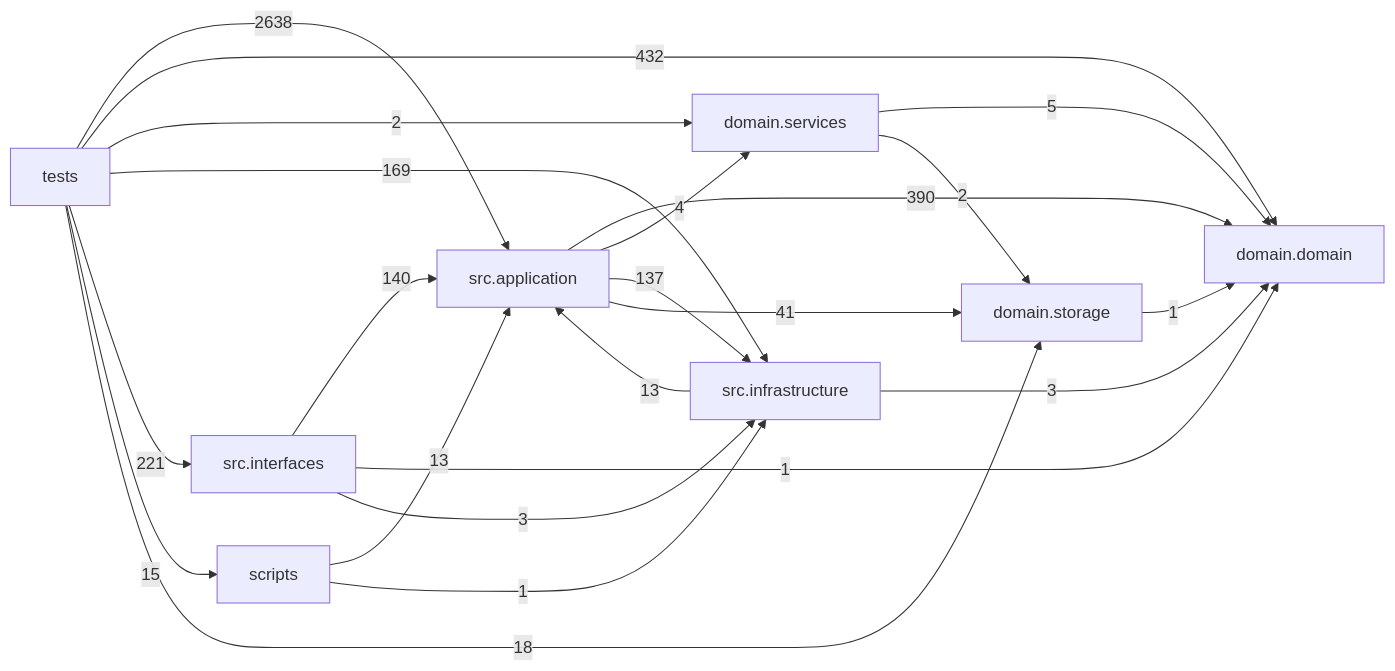
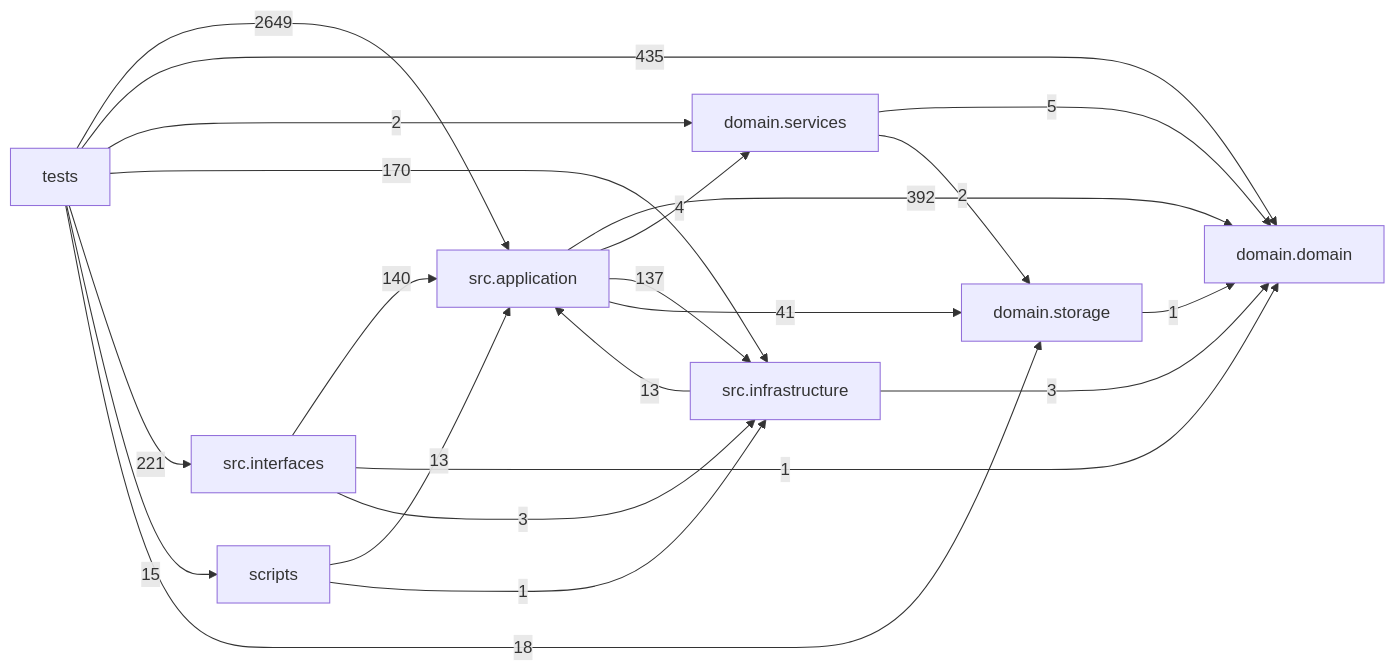
Before and after one commit to liuxie066/options-monitor: the diagram in docs/DEPENDENCY_GRAPH.md, drawn with Mermaid. The commit also changed other lines of this file and 6 other files, not shown here.

````diff
--- a/docs/DEPENDENCY_GRAPH.md
+++ b/docs/DEPENDENCY_GRAPH.md
@@ -24,32 +24,32 @@
 ```mermaid
 flowchart LR
   tests["tests"]
   scripts["scripts"]
   interfaces["src.interfaces"]
   application["src.application"]
   infrastructure["src.infrastructure"]
   domain_services["domain.services"]
   domain["domain.domain"]
   storage["domain.storage"]
-  application -->|390| domain
+  application -->|392| domain
   application -->|4| domain_services
   application -->|137| infrastructure
   application -->|41| storage
   domain_services -->|5| domain
   domain_services -->|2| storage
   infrastructure -->|13| application
   infrastructure -->|3| domain
   interfaces -->|140| application
   interfaces -->|1| domain
   interfaces -->|3| infrastructure
   scripts -->|13| application
   scripts -->|1| infrastructure
   storage -->|1| domain
-  tests -->|2638| application
-  tests -->|432| domain
+  tests -->|2649| application
+  tests -->|435| domain
   tests -->|2| domain_services
-  tests -->|169| infrastructure
+  tests -->|170| infrastructure
   tests -->|221| interfaces
   tests -->|15| scripts
   tests -->|18| storage
 ```
````
